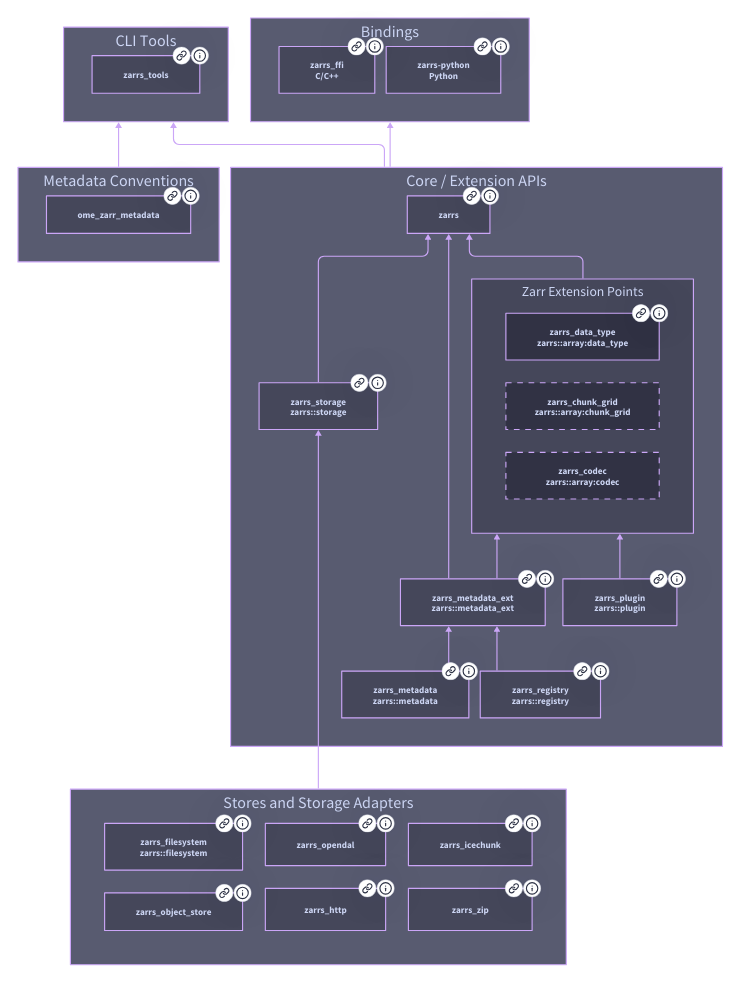
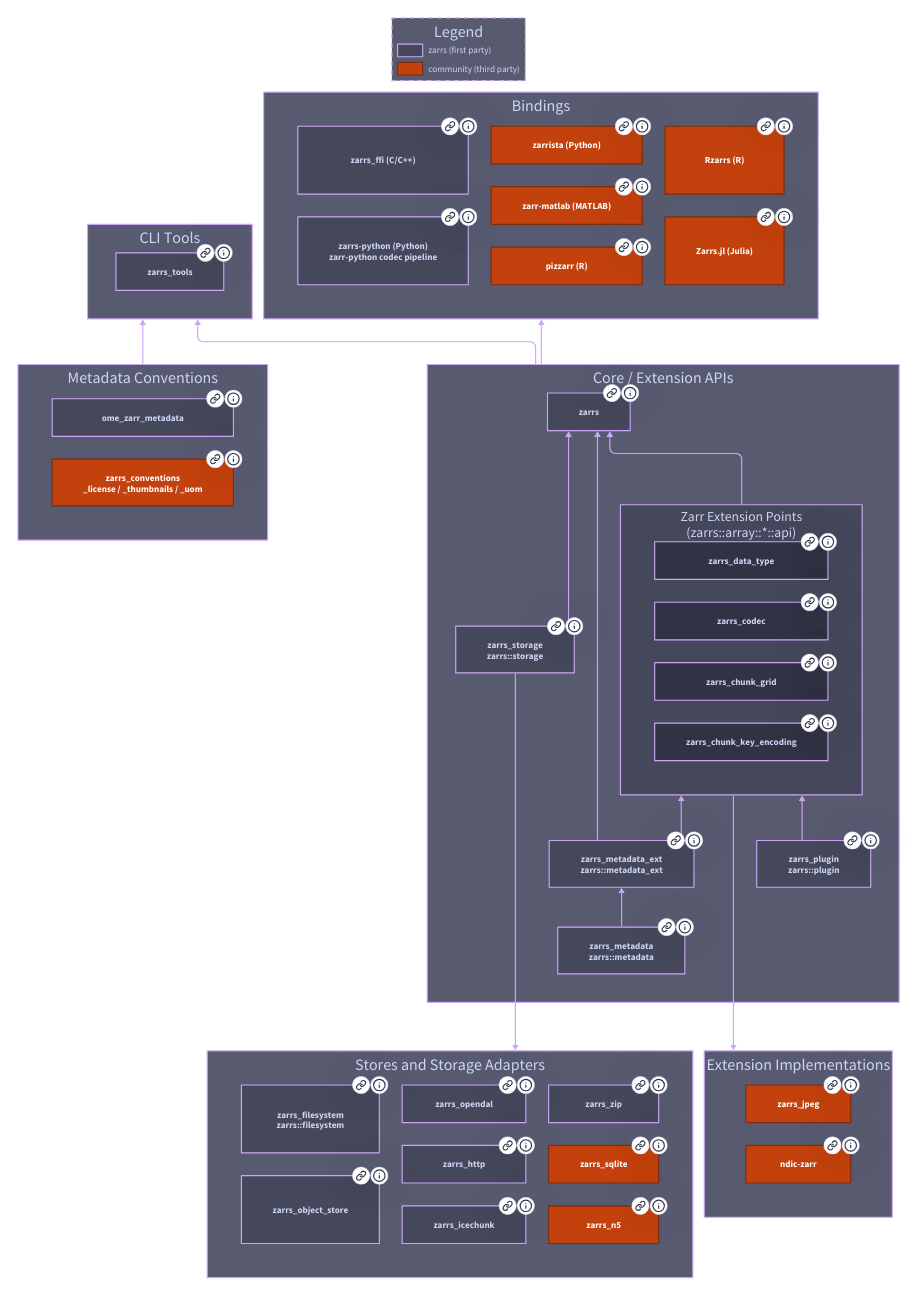
One commit to zarrs/zarrs_book changed the diagram in src/crates.d2. Above: the diagram before and after it, drawn with D2. The commit also changed 3 other files, not shown here.

```diff
--- a/src/crates.d2
+++ b/src/crates.d2
@@ -14,6 +14,13 @@
   grayDashed {
     style: {
       stroke-dash: 5
+    }
+  }
+  community {
+    style: {
+      fill: "#c2410c"
+      stroke: "#7c2d12"
+      font-color: "#ffffff"
     }
   }
 }
@@ -33,9 +40,30 @@
 }
 
 metadata_conventions: Metadata Conventions {
+  grid-columns: 1
   ome_zarr_metadata {
     link: https://github.com/zarrs/ome_zarr_metadata
     tooltip: A library for OME-Zarr (previously OME-NGFF) metadata.
+  }
+  zarrs_conventions: zarrs_conventions\n_license / _thumbnails / _uom {
+    class: community
+    link: https://github.com/clbarnes/zarrs_conventions
+    tooltip: An implementation of the `zarr-conventions` specification, with crates for the license, thumbnails, and units of measure conventions (community).
+  }
+}
+
+extension_impls: Extension Implementations {
+  grid-columns: 1
+  direction: right
+  zarrs_jpeg {
+    class: community
+    link: https://github.com/clbarnes/zarrs_jpeg
+    tooltip: The proposed `jpeg` codec, backed by libjpeg-turbo (community, unpublished).
+  }
+  ndic_zarr: ndic-zarr {
+    class: community
+    link: https://github.com/fideus-labs/nd-image-codecs
+    tooltip: The `nd_lift`, `htj2k`, and `nd_zfp` codecs for multidimensional scientific images (community).
   }
 }
 
@@ -47,7 +75,7 @@
     tooltip: A filesystem store (re-exported as `zarrs::filesystem`).
   }
   zarrs_object_store {
-    link: https://github.com/zarrs/zarrs/tree/main/zarrs_object_store
+    link: https://github.com/zarrs/zarrs_object_store
     tooltip: `object_store` store support.
   }
   zarrs_opendal {
@@ -55,7 +83,7 @@
     tooltip: `opendal` store support.
   }
   zarrs_http {
-    link: https://github.com/zarrs/zarrs/tree/main/zarrs_http
+    link: https://github.com/zarrs/zarrs_http
     tooltip: A synchronous http store.
   }
   zarrs_icechunk {
@@ -69,6 +97,16 @@
   zarrs_zip {
     link: https://github.com/zarrs/zarrs_zip
     tooltip: A storage adapter for zip files.
+  }
+  zarrs_sqlite {
+    class: community
+    link: https://github.com/clbarnes/zarrs_sqlite
+    tooltip: An SQLite-based Zarr store (community, unpublished).
+  }
+  zarrs_n5 {
+    class: community
+    link: https://github.com/clbarnes/zarrs_n5
+    tooltip: Read-only N5 support (community).
   }
 }
 
@@ -85,27 +123,29 @@
     link: https://github.com/zarrs/zarrs/tree/main/zarrs_metadata
     tooltip: Zarr metadata support (re-exported as `zarrs::metadata`).
   }
-  zarrs_registry: zarrs_registry\nzarrs::registry {
-    link: https://github.com/zarrs/zarrs/tree/main/zarrs_registry
-    tooltip: The Zarr extension point registry for `zarrs` (re-exported as `zarrs::registry`).
-  }
   zarrs_plugin: zarrs_plugin\nzarrs::plugin {
     link: https://github.com/zarrs/zarrs/tree/main/zarrs_plugin
     tooltip: The plugin API for `zarrs` (re-exported as `zarrs::plugin`).
   }
 
-  extensions: Zarr Extension Points {
+  extensions: Zarr Extension Points\n(zarrs::array::*::api) {
     direction: right
     grid-columns: 1
-    zarrs_data_type: zarrs_data_type\nzarrs::array:data_type {
+    zarrs_data_type: {
         link: https://github.com/zarrs/zarrs/tree/main/zarrs_data_type
-        tooltip: The data type extension API for `zarrs` (re-exported in `zarrs::array::data_type`).
+        tooltip: The data type extension API for `zarrs` (re-exported as `zarrs::array::data_type::api`).
     }
-    zarrs_chunk_grid: zarrs_chunk_grid\nzarrs::array:chunk_grid {
-        class: grayDashed
+    zarrs_codec: {
+        link: https://github.com/zarrs/zarrs/tree/main/zarrs_codec
+        tooltip: The codec extension API for `zarrs` (re-exported as `zarrs::array::codec::api`).
     }
-    zarrs_codec: zarrs_codec\nzarrs::array:codec {
-        class: grayDashed
+    zarrs_chunk_grid: {
+        link: https://github.com/zarrs/zarrs/tree/main/zarrs_chunk_grid
+        tooltip: The chunk grid extension API for `zarrs` (re-exported as `zarrs::array::chunk_grid::api`).
+    }
+    zarrs_chunk_key_encoding: {
+        link: https://github.com/zarrs/zarrs/tree/main/zarrs_chunk_key_encoding
+        tooltip: The chunk key encoding extension API for `zarrs` (re-exported as `zarrs::array::chunk_key_encoding::api`).
     }
   }
   zarrs {
@@ -115,24 +155,78 @@
 }
 
 Bindings: {
-  zarrs_ffi: zarrs_ffi\nC/C++ {
+  grid-columns: 3
+  zarrs_ffi: zarrs_ffi (C/C++) {
     link: https://github.com/zarrs/zarrs_ffi
     tooltip: A subset of `zarrs` exposed as a C/C++ API.
   }
-  zarrs_python: zarrs-python\nPython {
+  zarrs_python: zarrs-python (Python)\nzarr-python codec pipeline {
     link: https://github.com/zarrs/zarrs-python
     tooltip: A high-performance codec pipeline for `zarr-developers/zarr-python`.
+  }
+  zarrista: zarrista (Python) {
+    class: community
+    link: https://github.com/developmentseed/zarrista
+    tooltip: A low-level Zarr API for Python built directly on `zarrs` (community).
+  }
+  zarr_matlab: zarr-matlab (MATLAB) {
+    class: community
+    link: https://github.com/scalableminds/zarr-matlab
+    tooltip: A Zarr V2/V3 implementation for MATLAB based on `zarrs` (community).
+  }
+  pizzarr: pizzarr (R) {
+    class: community
+    link: https://github.com/zarr-developers/pizzarr
+    tooltip: A Zarr implementation for R with an optional `zarrs` backend (community).
+  }
+  Rzarrs: Rzarrs (R) {
+    class: community
+    link: https://github.com/RGenomicsETL/Rzarrs
+    tooltip: Read-only R bindings to `zarrs` (community).
+  }
+  Zarrs_jl: Zarrs.jl (Julia) {
+    class: community
+    link: https://github.com/earth-mover/Zarrs.jl
+    tooltip: Zarr V2/V3 arrays for Julia backed by `zarrs` (community).
   }
 }
 
 core.zarrs_storage -> core.zarrs
 core.zarrs_metadata_ext -> core.zarrs
 core.zarrs_metadata -> core.zarrs_metadata_ext
-core.zarrs_registry -> core.zarrs_metadata_ext
 core.zarrs_metadata_ext -> core.extensions
 core.zarrs_plugin -> core.extensions
 core.extensions -> core.zarrs
 metadata_conventions -> tools
-stores -> core.zarrs_storage
 core -> tools
 core -> Bindings
+
+# Implementations are ranked below the core APIs, but the arrowheads point from
+# the API to its implementations. `<->` with the target arrowhead removed gives
+# the desired arrow direction without flipping the layout rank.
+stores <-> core.zarrs_storage: { target-arrowhead.shape: none }
+extension_impls <-> core.extensions: { target-arrowhead.shape: none }
+
+legend: Legend {
+  near: top-center
+  grid-columns: 2
+  grid-gap: 10
+  style.stroke-dash: 4
+  # d2 grids fill column-major, so both swatches are declared before both labels
+  # in order to pair them up by row.
+  sw_first: "" {
+    width: 44
+    height: 22
+  }
+  sw_community: "" {
+    class: community
+    width: 44
+    height: 22
+  }
+  txt_first: zarrs (first party) {
+    shape: text
+  }
+  txt_community: community (third party) {
+    shape: text
+  }
+}
```
